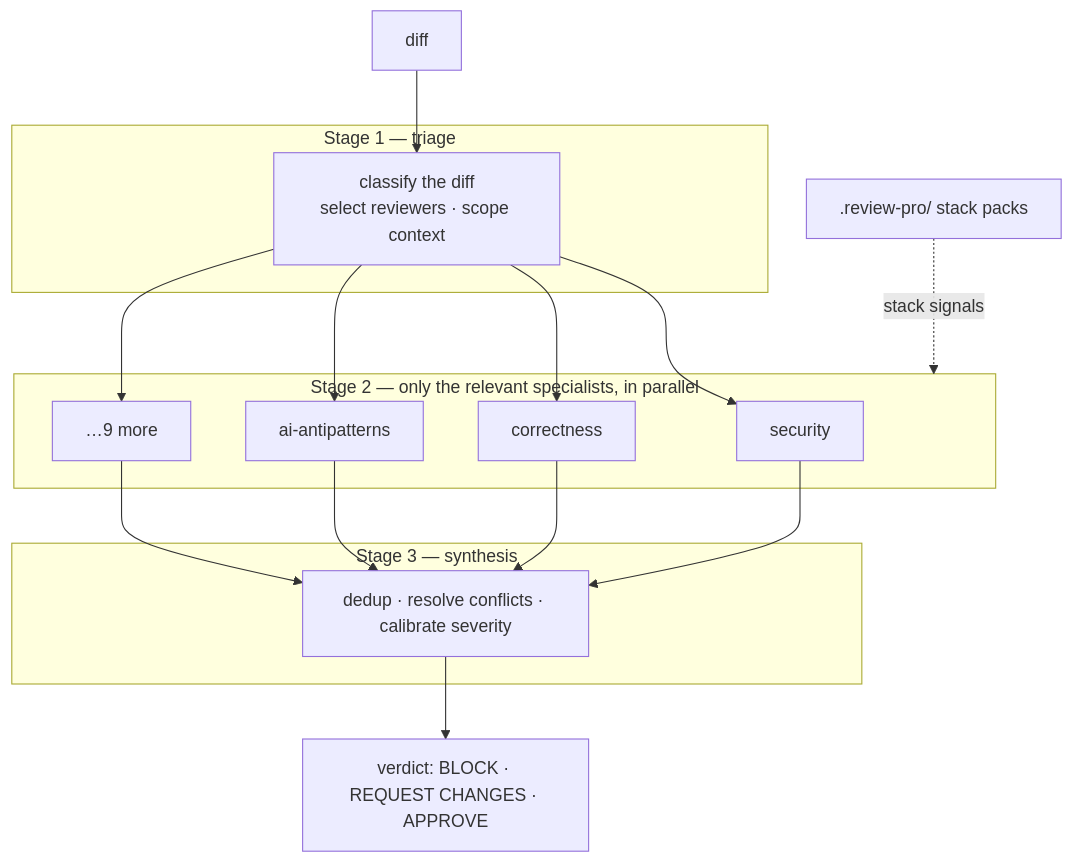
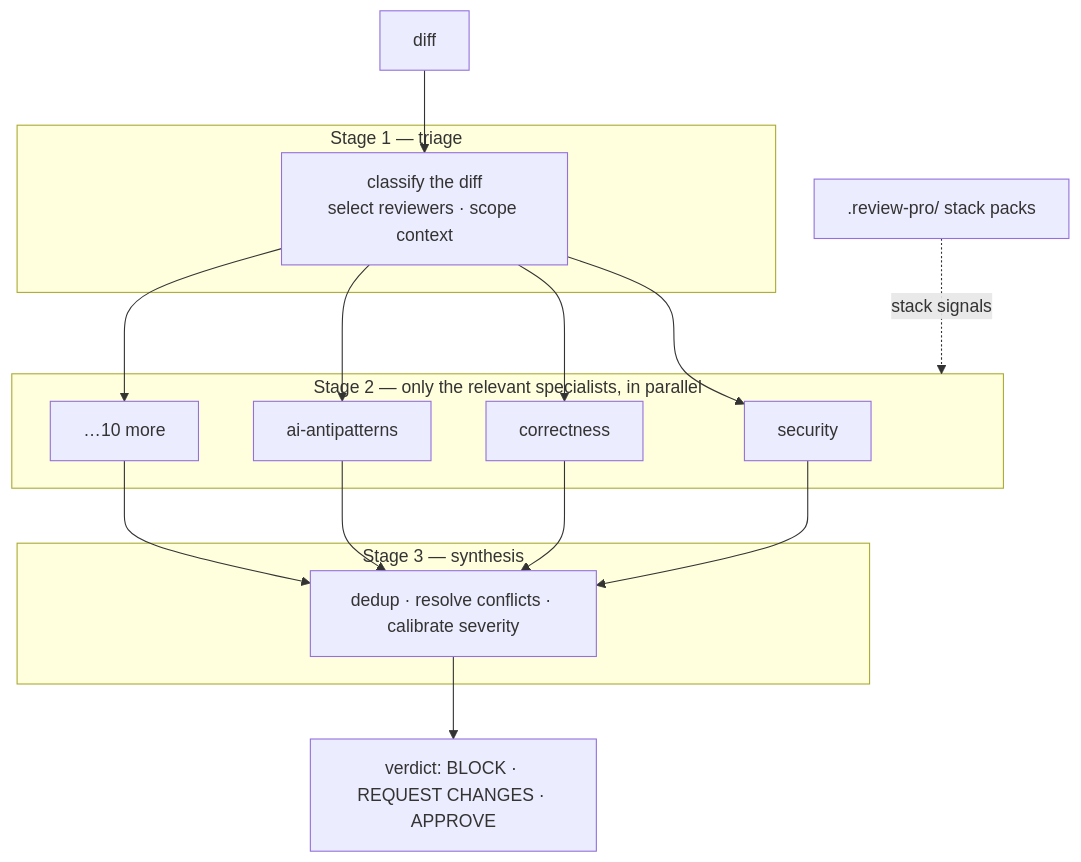
The diagram in README.md (tufantunc/review-pro), drawn with Mermaid before and after one commit. The commit also changed other lines of this file and 39 other files, not shown here.

````diff
--- a/README.md
+++ b/README.md
@@ -48,25 +48,25 @@
 ```mermaid
 flowchart TB
     D["diff"] --> T
 
     subgraph S1["Stage 1 — triage"]
         T["classify the diff<br/>select reviewers · scope context"]
     end
 
     subgraph S2["Stage 2 — only the relevant specialists, in parallel"]
         R1["security"]
         R2["correctness"]
         R3["ai-antipatterns"]
-        R4["…9 more"]
+        R4["…10 more"]
     end
 
     subgraph S3["Stage 3 — synthesis"]
         Y["dedup · resolve conflicts · calibrate severity"]
     end
 
     T --> R1 & R2 & R3 & R4
     R1 & R2 & R3 & R4 --> Y
     Y --> V["verdict: BLOCK · REQUEST CHANGES · APPROVE"]
 
     P[".review-pro/ stack packs"] -.->|stack signals| S2
 ```
````
